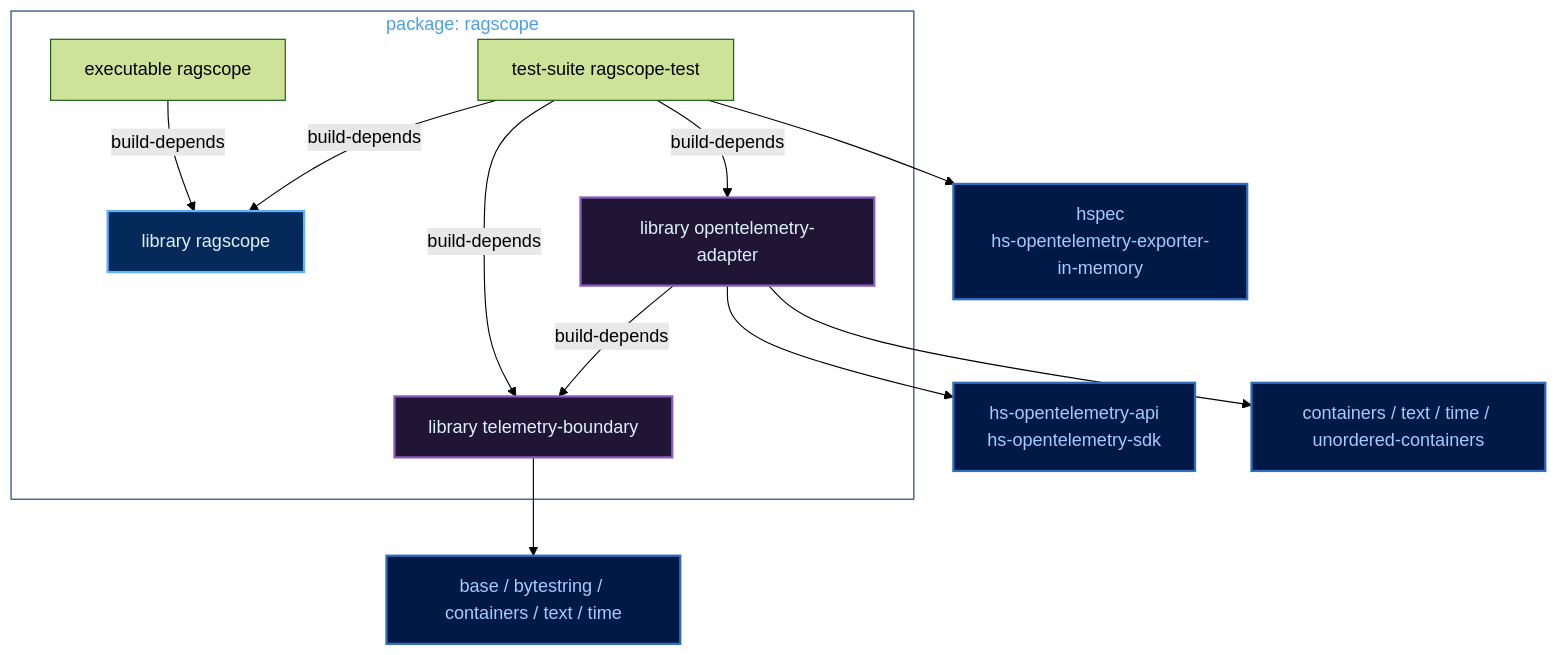
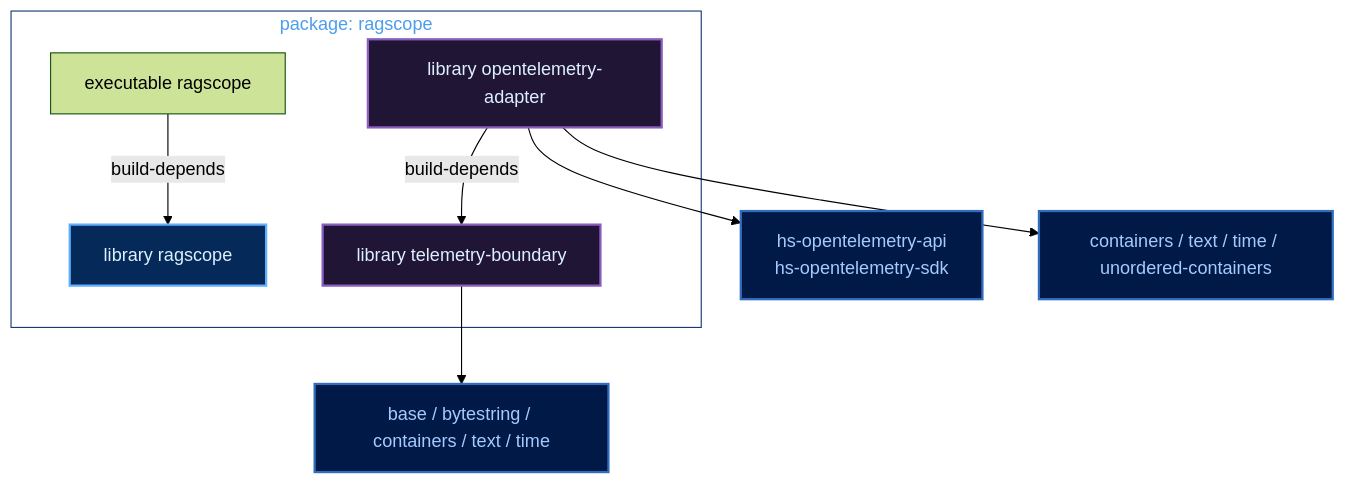
One commit to takashit16833/Workbench changed the first of 3 diagrams in Notes/RAGScope/RAGScopeアプリケーション/RAGScopeアプリケーション Haskellライブラリ・モジュールマップ.md. Above: the diagram before and after it, drawn with Mermaid (forest theme). The commit also changed other lines of this file, not shown here.

````diff
--- a/Notes/RAGScope/RAGScopeアプリケーション/RAGScopeアプリケーション Haskellライブラリ・モジュールマップ.md
+++ b/Notes/RAGScope/RAGScopeアプリケーション/RAGScopeアプリケーション Haskellライブラリ・モジュールマップ.md
@@ -7,30 +7,25 @@
 ```mermaid
 flowchart TB
   subgraph package["package: ragscope"]
     mainlib["library ragscope"]
     boundary["library telemetry-boundary"]
     adapter["library opentelemetry-adapter"]
     executable["executable ragscope"]
-    tests["test-suite ragscope-test"]
   end
 
   adapter -->|build-depends| boundary
   executable -->|build-depends| mainlib
-  tests -->|build-depends| mainlib
-  tests -->|build-depends| boundary
-  tests -->|build-depends| adapter
 
   boundary --> base["base / bytestring / containers / text / time"]
   adapter --> otel["hs-opentelemetry-api<br>hs-opentelemetry-sdk"]
   adapter --> support["containers / text / time / unordered-containers"]
-  tests --> testdeps["hspec<br>hs-opentelemetry-exporter-in-memory"]
 
   classDef public fill:#052A59,stroke:#5EAFFF,color:#DDF0FF,stroke-width:2px
   classDef private fill:#211536,stroke:#8A5EC0,color:#DDF0FF,stroke-width:2px
   classDef external fill:#001947,stroke:#316CBD,color:#A6CAFF,stroke-width:2px
 
   class mainlib public
   class boundary,adapter private
-  class base,otel,support,testdeps external
+  class base,otel,support external
   style package fill:transparent,stroke:#153A75,color:#4C9EEB
 ```
````
